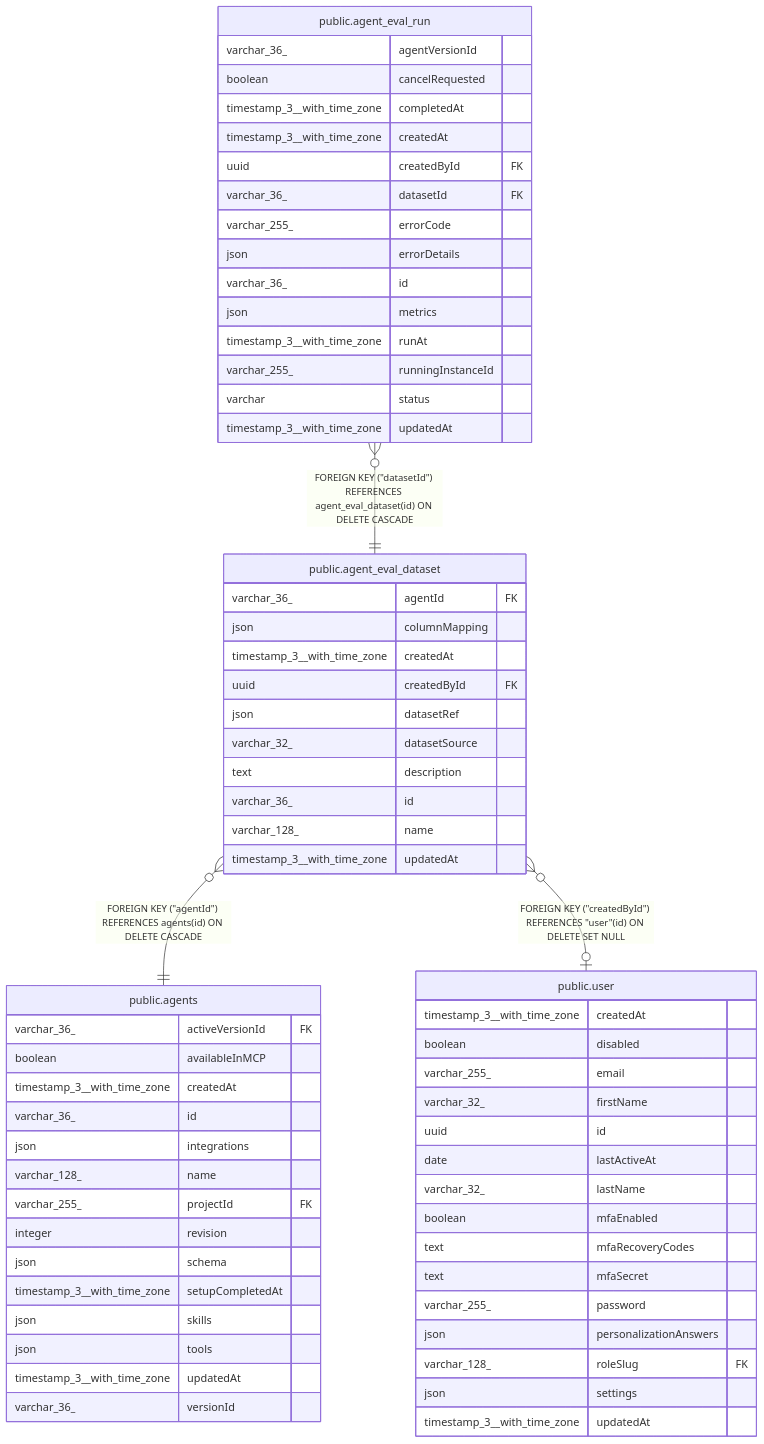
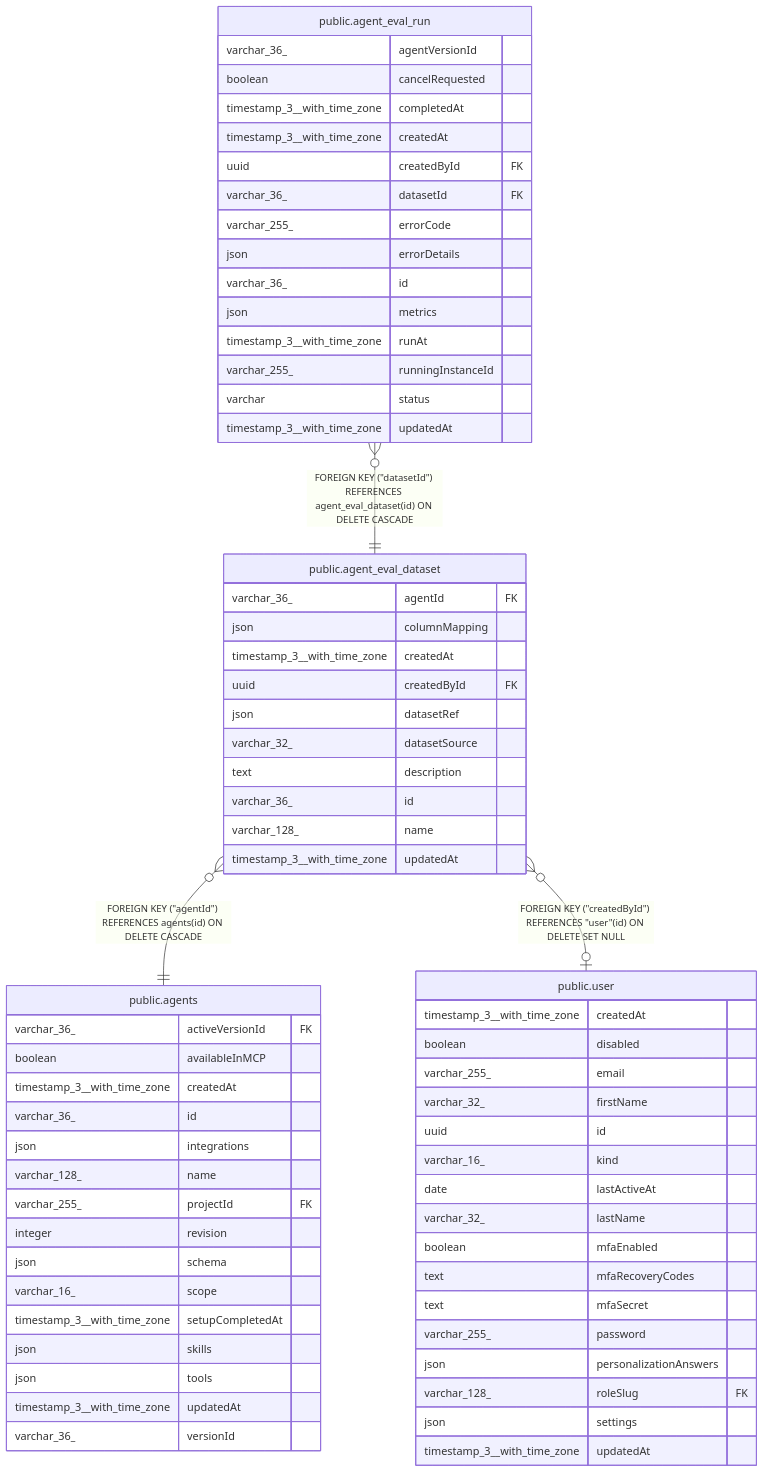
Before and after one commit to sreent/n8n: the diagram in docs/generated/postgres-schema/public.agent_eval_dataset.md, drawn with Mermaid. The commit also changed 7993 other files, not shown here.

````diff
--- a/docs/generated/postgres-schema/public.agent_eval_dataset.md
+++ b/docs/generated/postgres-schema/public.agent_eval_dataset.md
@@ -43,69 +43,71 @@
 ```mermaid
 erDiagram
 
 "public.agent_eval_dataset" }o--|| "public.agents" : "FOREIGN KEY (#quot;agentId#quot;) REFERENCES agents(id) ON DELETE CASCADE"
 "public.agent_eval_dataset" }o--o| "public.user" : "FOREIGN KEY (#quot;createdById#quot;) REFERENCES #quot;user#quot;(id) ON DELETE SET NULL"
 "public.agent_eval_run" }o--|| "public.agent_eval_dataset" : "FOREIGN KEY (#quot;datasetId#quot;) REFERENCES agent_eval_dataset(id) ON DELETE CASCADE"
 
 "public.agent_eval_dataset" {
   varchar_36_ agentId FK
   json columnMapping
   timestamp_3__with_time_zone createdAt
   uuid createdById FK
   json datasetRef
   varchar_32_ datasetSource
   text description
   varchar_36_ id
   varchar_128_ name
   timestamp_3__with_time_zone updatedAt
 }
 "public.agents" {
   varchar_36_ activeVersionId FK
   boolean availableInMCP
   timestamp_3__with_time_zone createdAt
   varchar_36_ id
   json integrations
   varchar_128_ name
   varchar_255_ projectId FK
   integer revision
   json schema
+  varchar_16_ scope
   timestamp_3__with_time_zone setupCompletedAt
   json skills
   json tools
   timestamp_3__with_time_zone updatedAt
   varchar_36_ versionId
 }
 "public.user" {
   timestamp_3__with_time_zone createdAt
   boolean disabled
   varchar_255_ email
   varchar_32_ firstName
   uuid id
+  varchar_16_ kind
   date lastActiveAt
   varchar_32_ lastName
   boolean mfaEnabled
   text mfaRecoveryCodes
   text mfaSecret
   varchar_255_ password
   json personalizationAnswers
   varchar_128_ roleSlug FK
   json settings
   timestamp_3__with_time_zone updatedAt
 }
 "public.agent_eval_run" {
   varchar_36_ agentVersionId
   boolean cancelRequested
   timestamp_3__with_time_zone completedAt
   timestamp_3__with_time_zone createdAt
   uuid createdById FK
   varchar_36_ datasetId FK
   varchar_255_ errorCode
   json errorDetails
   varchar_36_ id
   json metrics
   timestamp_3__with_time_zone runAt
   varchar_255_ runningInstanceId
   varchar status
   timestamp_3__with_time_zone updatedAt
 }
 ```
````
